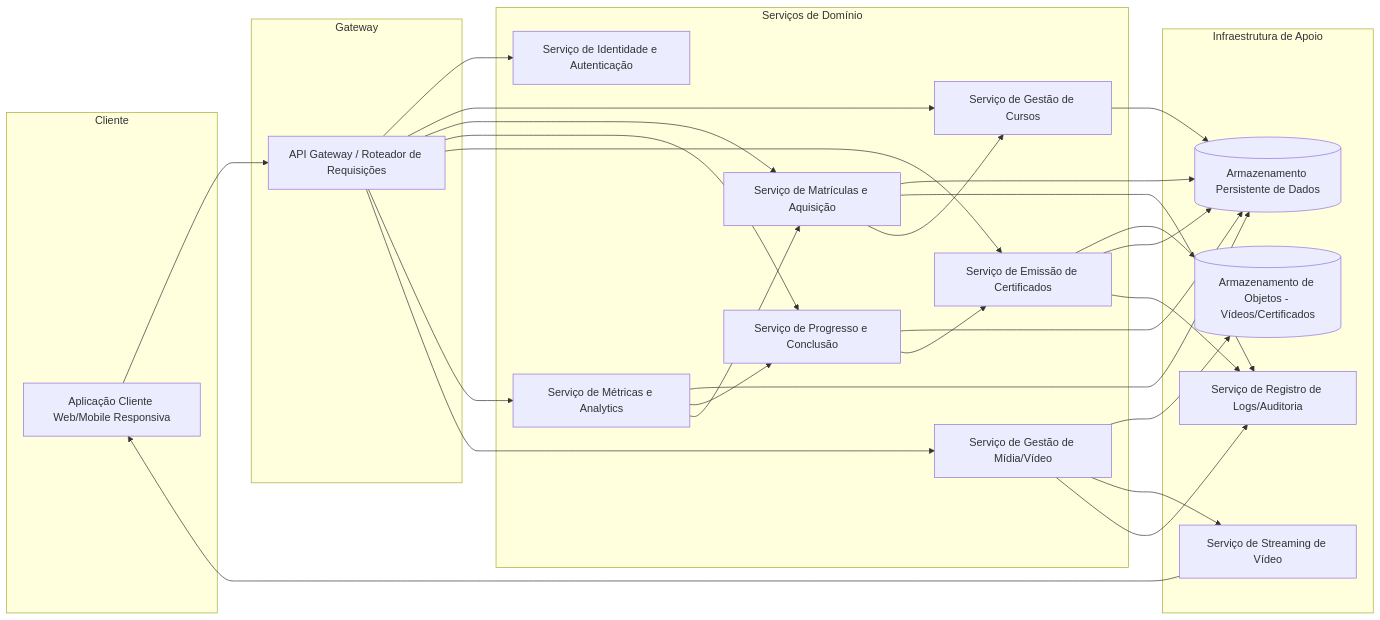
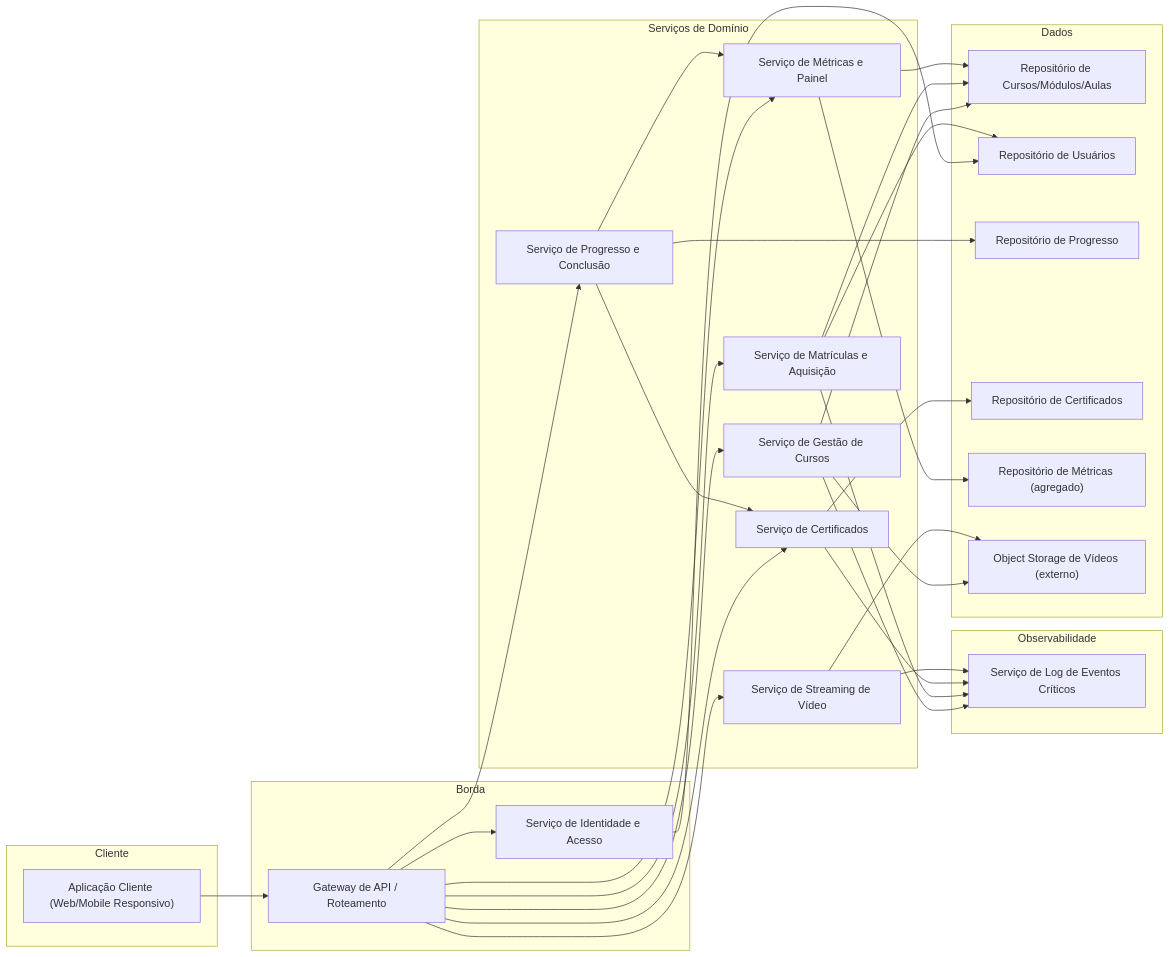
The first of 3 diagrams in docs/Time_2_Design/analise-qualitativa/outputs/relatorio_claude_sonnet_5_M01.md (PDC-ESIA/AI4ES), drawn with Mermaid before and after one commit. The commit also changed other lines of this file and 107 other files, not shown here.

````diff
--- a/docs/Time_2_Design/analise-qualitativa/outputs/relatorio_claude_sonnet_5_M01.md
+++ b/docs/Time_2_Design/analise-qualitativa/outputs/relatorio_claude_sonnet_5_M01.md
@@ -26,55 +25,60 @@
 ```mermaid
 flowchart LR
     subgraph Cliente
-        WebApp[Aplicação Cliente Web/Mobile Responsiva]
+        WebApp["Aplicação Cliente (Web/Mobile Responsivo)"]
     end
 
-    subgraph Gateway
-        APIGW[API Gateway / Roteador de Requisições]
+    subgraph Borda
+        GW["Gateway de API / Roteamento"]
+        AUTH["Serviço de Identidade e Acesso"]
     end
 
-    subgraph ServicosNucleo["Serviços de Domínio"]
-        AuthSvc[Serviço de Identidade e Autenticação]
-        CourseSvc[Serviço de Gestão de Cursos]
-        EnrollSvc[Serviço de Matrículas e Aquisição]
-        ProgressSvc[Serviço de Progresso e Conclusão]
-        CertSvc[Serviço de Emissão de Certificados]
-        MetricsSvc[Serviço de Métricas e Analytics]
-        MediaSvc[Serviço de Gestão de Mídia/Vídeo]
+    subgraph Dominio["Serviços de Domínio"]
+        CURSO["Serviço de Gestão de Cursos"]
+        MATRICULA["Serviço de Matrículas e Aquisição"]
+        PROGRESSO["Serviço de Progresso e Conclusão"]
+        CERT["Serviço de Certificados"]
+        METRICAS["Serviço de Métricas e Painel"]
+        STREAM["Serviço de Streaming de Vídeo"]
     end
 
-    subgraph Infra["Infraestrutura de Apoio"]
-        ObjectStorage[(Armazenamento de Objetos - Vídeos/Certificados)]
-        DataStore[(Armazenamento Persistente de Dados)]
-        StreamingGW[Serviço de Streaming de Vídeo]
-        LogSvc[Serviço de Registro de Logs/Auditoria]
+    subgraph Dados
+        REPO_CURSO["Repositório de Cursos/Módulos/Aulas"]
+        REPO_USR["Repositório de Usuários"]
+        REPO_PROG["Repositório de Progresso"]
+        REPO_CERT["Repositório de Certificados"]
+        REPO_MET["Repositório de Métricas (agregado)"]
+        OBJSTORE["Object Storage de Vídeos (externo)"]
     end
 
-    WebApp --> APIGW
-    APIGW --> AuthSvc
-    APIGW --> CourseSvc
-    APIGW --> EnrollSvc
-    APIGW --> ProgressSvc
-    APIGW --> CertSvc
-    APIGW --> MetricsSvc
-    APIGW --> MediaSvc
+    subgraph Observabilidade
+        LOG["Serviço de Log de Eventos Críticos"]
+    end
 
-    CourseSvc --> DataStore
-    EnrollSvc --> DataStore
-    ProgressSvc --> DataStore
-    CertSvc --> ObjectStorage
-    CertSvc --> DataStore
-    MetricsSvc --> DataStore
-    MediaSvc --> ObjectStorage
-    MediaSvc --> StreamingGW
-    StreamingGW --> WebApp
+    WebApp --> GW
+    GW --> AUTH
+    GW --> CURSO
+    GW --> MATRICULA
+    GW --> PROGRESSO
+    GW --> CERT
+    GW --> METRICAS
+    GW --> STREAM
 
-    EnrollSvc --> LogSvc
-    CertSvc --> LogSvc
-    MediaSvc --> LogSvc
+    AUTH --> REPO_USR
+    CURSO --> REPO_CURSO
+    CURSO --> OBJSTORE
+    STREAM --> OBJSTORE
+    MATRICULA --> REPO_CURSO
+    MATRICULA --> REPO_USR
+    PROGRESSO --> REPO_PROG
+    PROGRESSO --> CERT
+    CERT --> REPO_CERT
+    METRICAS --> REPO_MET
+    METRICAS --> REPO_CURSO
+    PROGRESSO --> METRICAS
 
-    ProgressSvc --> CertSvc
-    EnrollSvc --> CourseSvc
-    MetricsSvc --> ProgressSvc
-    MetricsSvc --> EnrollSvc
+    CURSO --> LOG
+    MATRICULA --> LOG
+    CERT --> LOG
+    STREAM --> LOG
 ```
````
